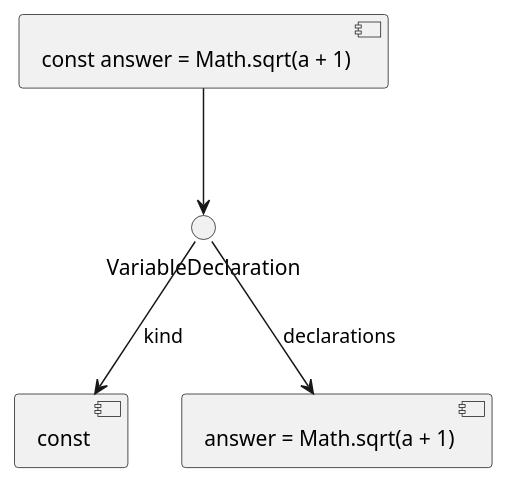
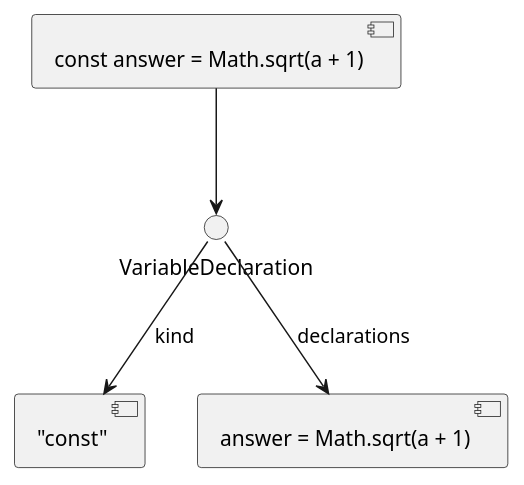
One commit to unlight/how-to-create-eslint-plugin-talk changed the second of 12 diagrams in answer-ast.md. Above: the diagram before and after it, drawn with PlantUML. The commit also changed other lines of this file, not shown here.

````diff
--- a/answer-ast.md
+++ b/answer-ast.md
@@ -11,9 +11,9 @@
 ```uml
 @startuml
 
 [const answer = Math.sqrt(a + 1)] --> VariableDeclaration
-VariableDeclaration --> [const]: kind
+VariableDeclaration --> ["const"]: kind
 VariableDeclaration --> [answer = Math.sqrt(a + 1)]: declarations
 
 @enduml
 ```
````
